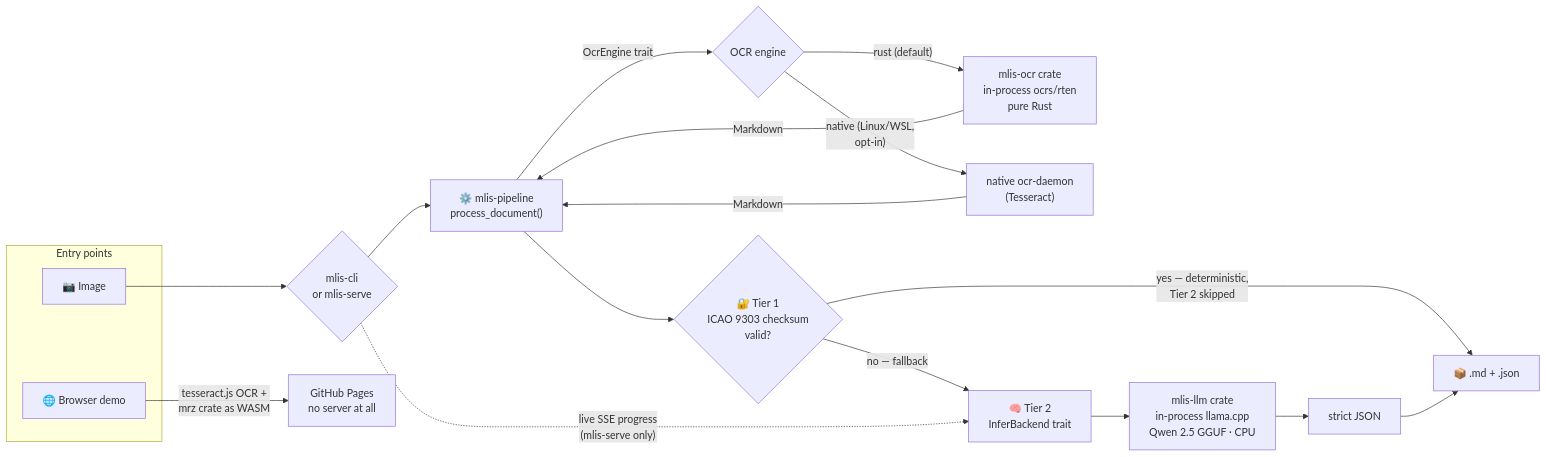
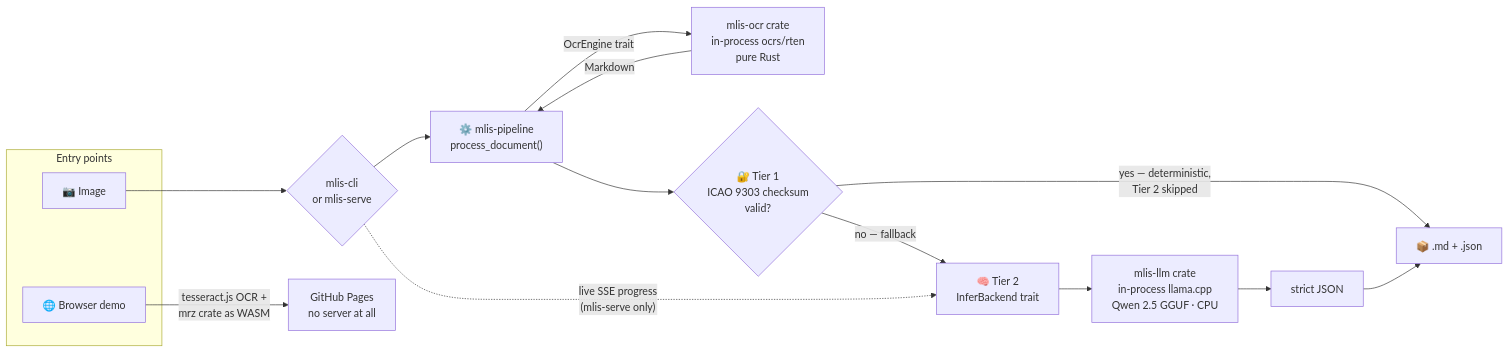
Before and after one commit to ruledicaprio/SynthPass: the first of 2 diagrams in README.md, drawn with Mermaid. The commit also changed other lines of this file and 18 other files, not shown here.

First line of the commit message:
feat!: retire ocr-daemon (Tesseract/Leptonica) — dependency diet, part 1

````diff
--- a/README.md
+++ b/README.md
@@ -26,28 +26,25 @@
 ```mermaid
 flowchart LR
     subgraph entry["Entry points"]
         A["📷 Image"]
         A2["🌐 Browser demo"]
     end
 
     A --> B{"mlis-cli<br/>or mlis-serve"}
     B --> P["⚙️ mlis-pipeline<br/>process_document()"]
 
-    P -->|"OcrEngine trait"| OCR{"OCR engine"}
-    OCR -->|"rust (default)"| RUSTOCR["mlis-ocr crate<br/>in-process ocrs/rten<br/>pure Rust"]
-    OCR -->|"native (Linux/WSL,<br/>opt-in)"| TESS["native ocr-daemon<br/>(Tesseract)"]
+    P -->|"OcrEngine trait"| RUSTOCR["mlis-ocr crate<br/>in-process ocrs/rten<br/>pure Rust"]
     RUSTOCR -->|Markdown| P
-    TESS -->|Markdown| P
 
     P --> T1{"🔐 Tier 1<br/>ICAO 9303 checksum<br/>valid?"}
     T1 -->|"yes — deterministic,<br/>Tier 2 skipped"| OUT["📦 .md + .json"]
 
     T1 -->|"no — fallback"| T2["🧠 Tier 2<br/>InferBackend trait"]
     T2 --> NAT["mlis-llm crate<br/>in-process llama.cpp<br/>Qwen 2.5 GGUF · CPU"]
     NAT --> J2["strict JSON"]
     J2 --> OUT
 
     B -.->|"live SSE progress<br/>(mlis-serve only)"| T2
 
     A2 -->|"tesseract.js OCR +<br/>mrz crate as WASM"| PAGES["GitHub Pages<br/>no server at all"]
 ```
````
